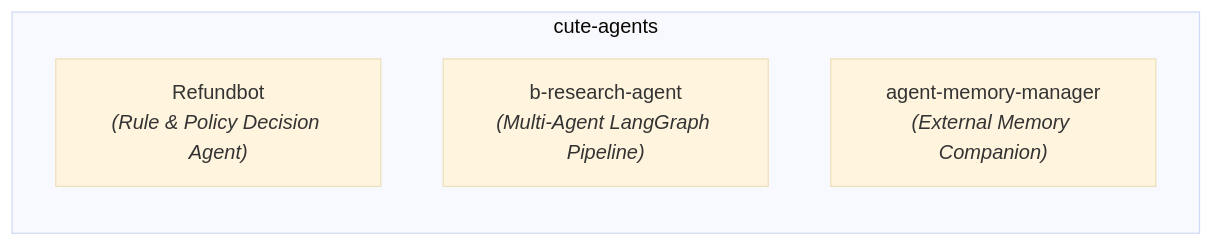
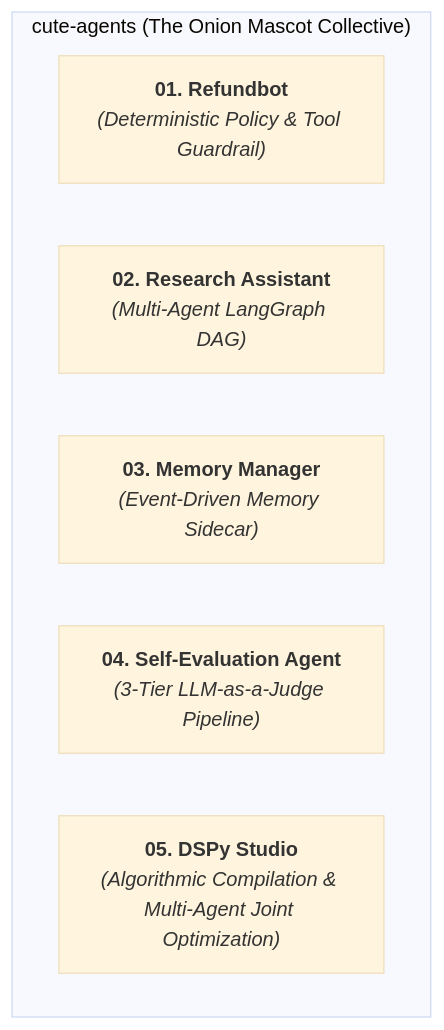
One commit to 21-aakash/cute-agents changed the diagram in AGENTS.md. Above: the diagram before and after it, drawn with Mermaid (base theme). The commit also changed other lines of this file and 1 other file, not shown here.

Commit message:
docs: update main README and AGENTS.md with all 5 agent paradigms and structure

````diff
--- a/AGENTS.md
+++ b/AGENTS.md
@@ -9,8 +9,10 @@
 ```mermaid
-graph LR
-    subgraph Monorepo["cute-agents"]
-        A["Refundbot<br/><i>(Rule & Policy Decision Agent)</i>"]
-        B["b-research-agent<br/><i>(Multi-Agent LangGraph Pipeline)</i>"]
-        C["agent-memory-manager<br/><i>(External Memory Companion)</i>"]
+graph TD
+    subgraph Monorepo["cute-agents (The Onion Mascot Collective)"]
+        A["<b>01. Refundbot</b><br/><i>(Deterministic Policy & Tool Guardrail)</i>"]
+        B["<b>02. Research Assistant</b><br/><i>(Multi-Agent LangGraph DAG)</i>"]
+        C["<b>03. Memory Manager</b><br/><i>(Event-Driven Memory Sidecar)</i>"]
+        D["<b>04. Self-Evaluation Agent</b><br/><i>(3-Tier LLM-as-a-Judge Pipeline)</i>"]
+        E["<b>05. DSPy Studio</b><br/><i>(Algorithmic Compilation & Multi-Agent Joint Optimization)</i>"]
     end
 ```
````
